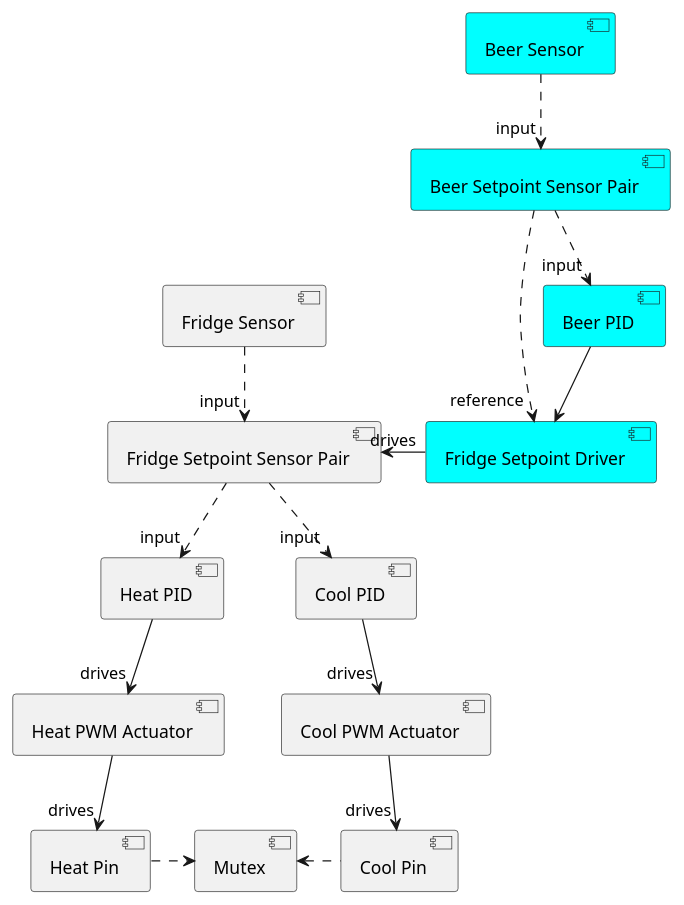
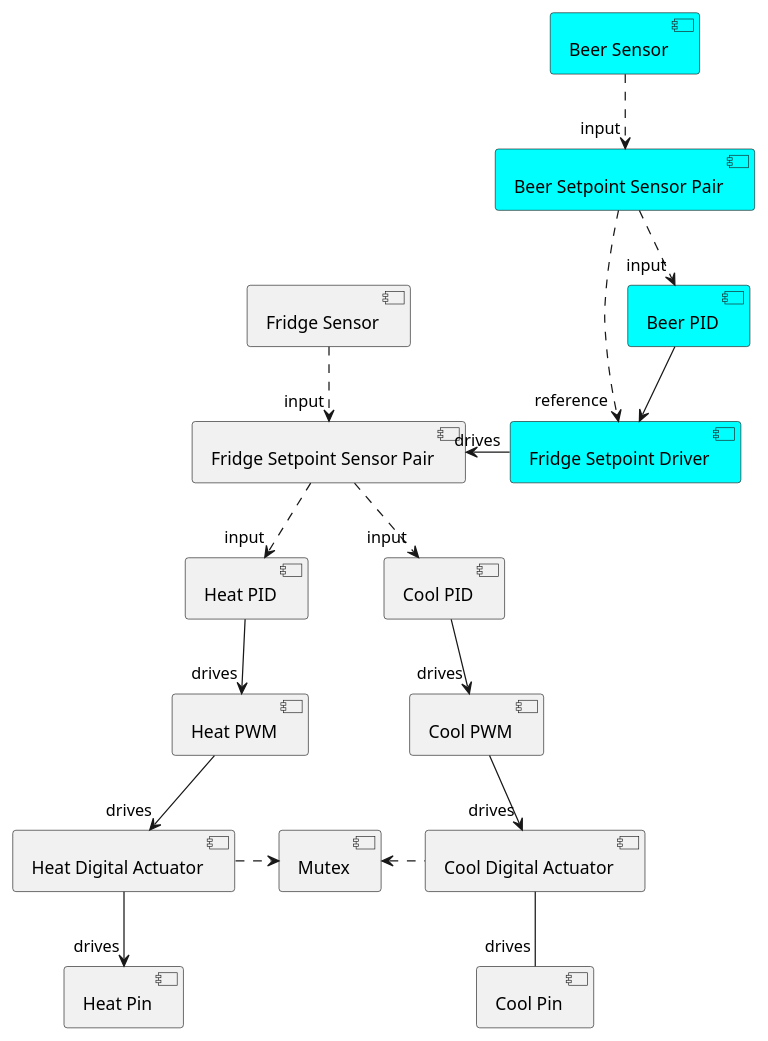
One commit to BrewBlox/brewblox-documentation changed the diagram in docs/uml/offset_chain.puml. Above: the diagram before and after it, drawn with PlantUML. The commit also changed 7 other files, not shown here.

```diff
--- a/docs/uml/offset_chain.puml
+++ b/docs/uml/offset_chain.puml
@@ -1,38 +1,42 @@
 @startuml Beer Offset Control Chain
 component heat_PID as "Heat PID"
-component heat_PWM as "Heat PWM Actuator"
+component heat_PWM as "Heat PWM"
+component heat_Digital as "Heat Digital Actuator"
 component heat_Pin as "Heat Pin"
 
 component cool_PID as "Cool PID"
-component cool_PWM as "Cool PWM Actuator"
+component cool_PWM as "Cool PWM"
+component cool_Digital as "Cool Digital Actuator"
 component cool_Pin as "Cool Pin"
 
 component fridge_SSP as "Fridge Setpoint Sensor Pair"
 component fridge_Sensor as "Fridge Sensor"
 
 component Mutex
 
 component beer_PID as "Beer PID" #Cyan
 component beer_SSP as "Beer Setpoint Sensor Pair" #Cyan
 component beer_Sensor as "Beer Sensor" #Cyan
 component beer_Offset as "Fridge Setpoint Driver" #Cyan
 
 fridge_Sensor .down.> "input" fridge_SSP
 fridge_SSP .down.> "input" heat_PID
 fridge_SSP .down.> "input" cool_PID
 
 heat_PID -down-> "drives" heat_PWM
-heat_PWM -down-> "drives" heat_Pin
-heat_Pin .right.> Mutex
+heat_PWM -down-> "drives" heat_Digital
+heat_Digital .right.> Mutex
+heat_Digital -down-> "drives" heat_Pin
 
 cool_PID -down-> "drives" cool_PWM
-cool_PWM -down-> "drives" cool_Pin
-cool_Pin .left.> Mutex
+cool_PWM -down-> "drives" cool_Digital
+cool_Digital .left.> Mutex
+cool_Digital -down- "drives" cool_Pin
 
 beer_Sensor .down.> "input" beer_SSP
 beer_SSP .down.> "input" beer_PID
 beer_SSP .down.> "reference" beer_Offset
 beer_PID -down-> beer_Offset
 beer_Offset -left-> "drives" fridge_SSP
 
 @enduml
```
